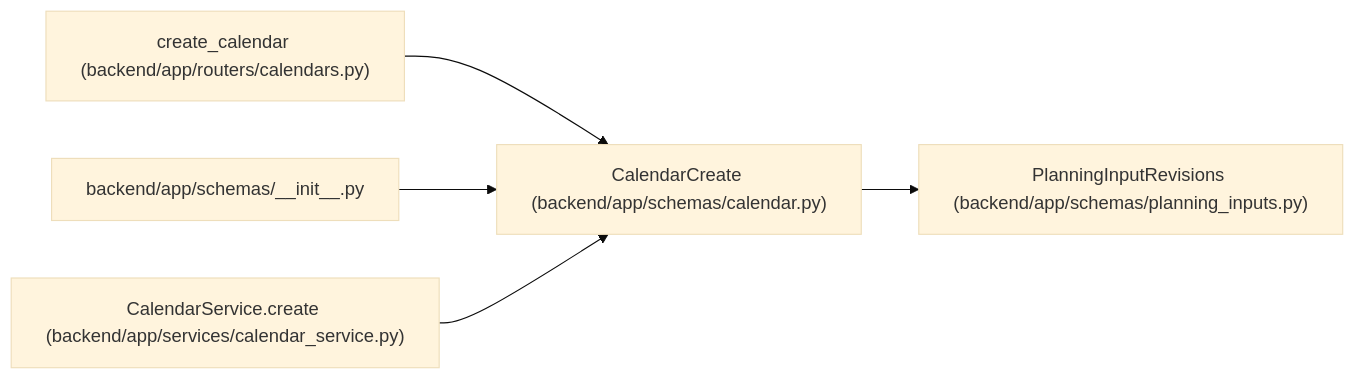
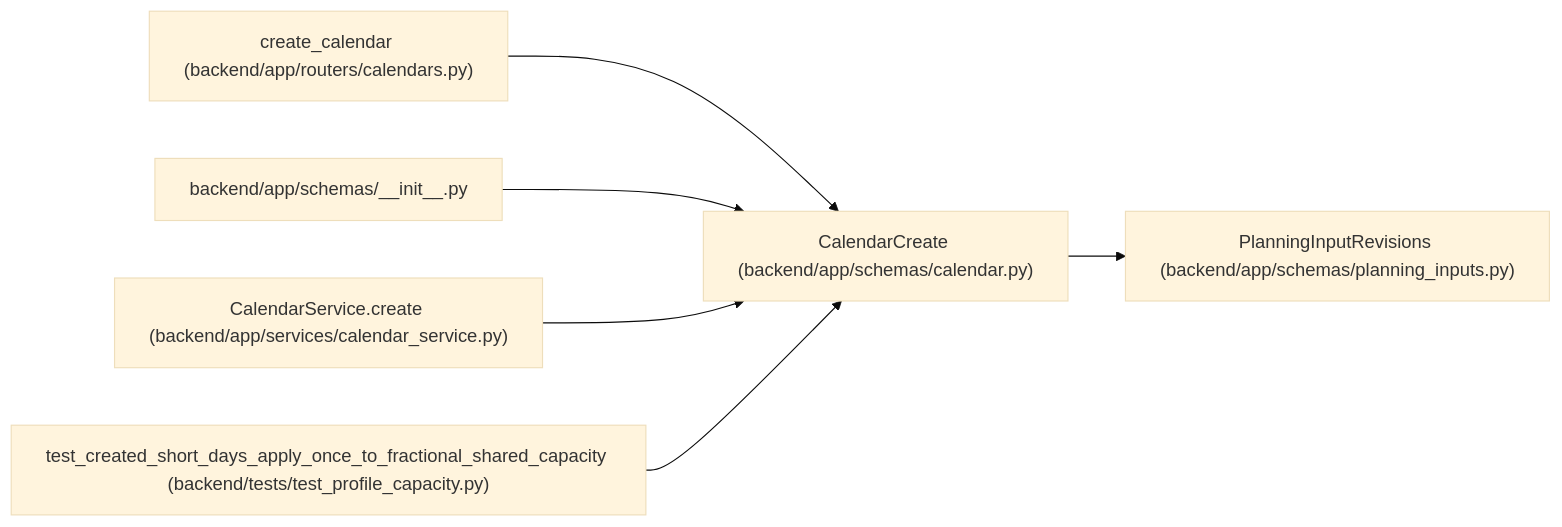
The diagram in docs/llm_wiki/entities/schemas_calendar_CalendarCreate.md (Denissvgn/WorkChord), drawn with Mermaid (base theme) before and after one commit. The commit also changed other lines of this file and 261 other files, not shown here.

````diff
--- a/docs/llm_wiki/entities/schemas_calendar_CalendarCreate.md
+++ b/docs/llm_wiki/entities/schemas_calendar_CalendarCreate.md
@@ -31,17 +31,20 @@
 ```mermaid
 flowchart LR
     n0["CalendarCreate (backend/app/schemas/calendar.py)"]
     n1["PlanningInputRevisions (backend/app/schemas/planning_inputs.py)"]
     n2["create_calendar (backend/app/routers/calendars.py)"]
     n3["backend/app/schemas/__init__.py"]
     n4["CalendarService.create (backend/app/services/calendar_service.py)"]
+    n5["test_created_short_days_apply_once_to_fractional_shared_capacity (backend/tests/test_profile_capacity.py)"]
     n0 --> n1
     n2 --> n0
     n3 --> n0
     n4 --> n0
+    n5 --> n0
     click n0 "../modules/schemas_calendar.md"
     click n1 "../modules/planning_inputs.md"
     click n2 "../modules/calendars.md"
     click n3 "../modules/schemas___init__.md"
     click n4 "../modules/calendar_service.md"
+    click n5 "../modules/test_profile_capacity.md"
 ```
````
